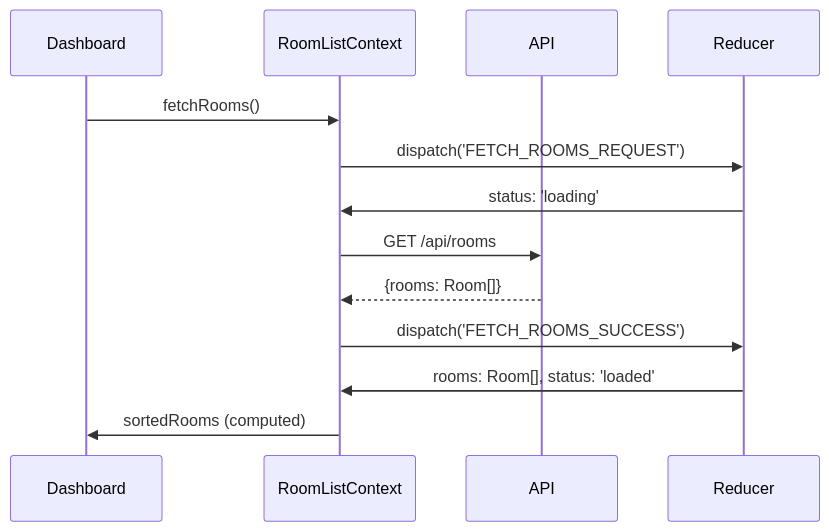
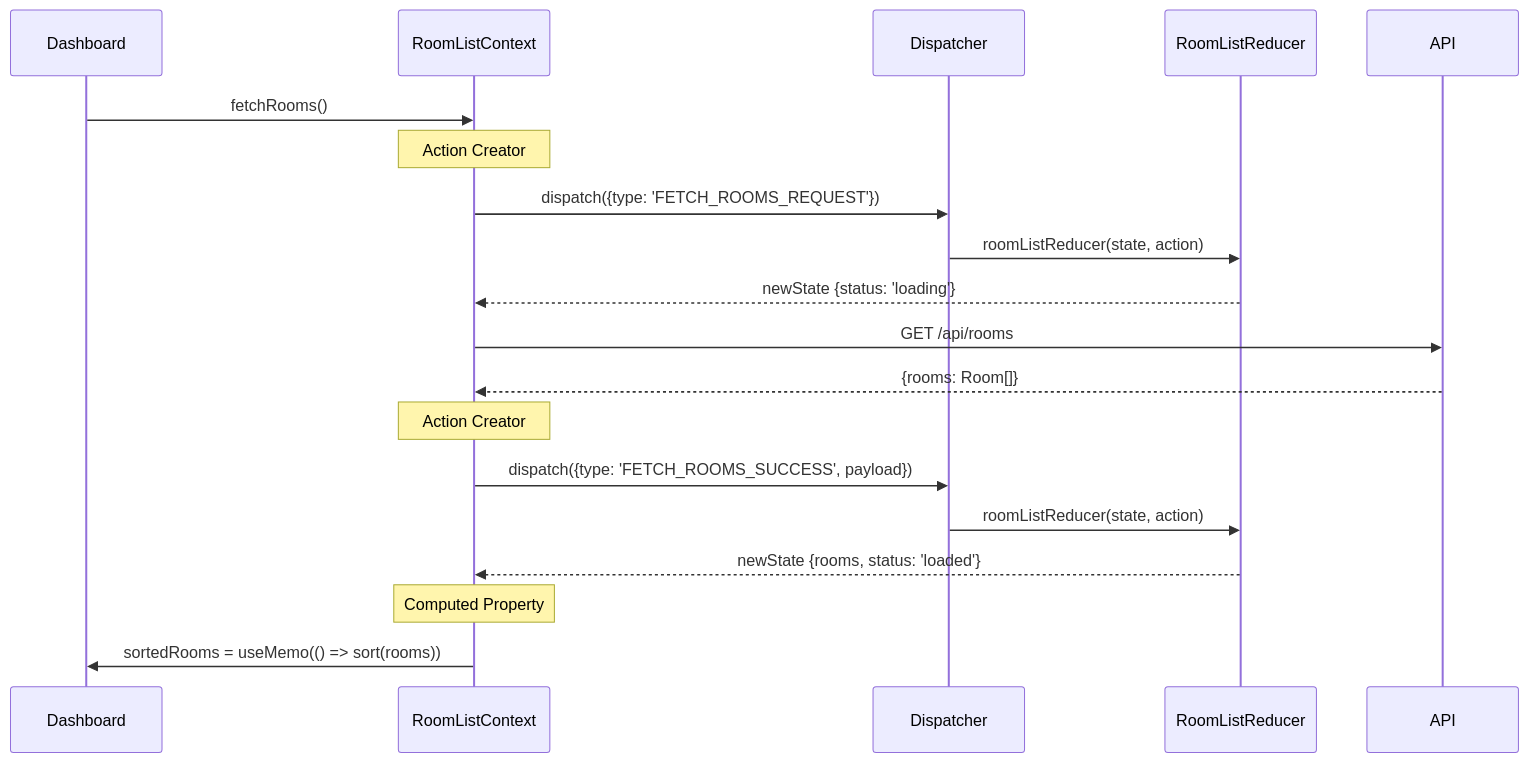
One commit to dasanworld/ChatService changed the second of 4 diagrams in docs/pages/dashboard/state-management.md. Above: the diagram before and after it, drawn with Mermaid. The commit also changed other lines of this file and 4 other files, not shown here.

Commit message:
docs: Update state management documentation for Chat Room, Dashboard, Invite, Login, and Signup pages with Flux architecture and flow diagrams

````diff
--- a/docs/pages/dashboard/state-management.md
+++ b/docs/pages/dashboard/state-management.md
@@ -677,19 +736,26 @@
 ```mermaid
 sequenceDiagram
     participant Dashboard
     participant RoomListContext
+    participant Dispatcher
+    participant RoomListReducer
     participant API
-    participant Reducer
     
     Dashboard->>RoomListContext: fetchRooms()
-    RoomListContext->>Reducer: dispatch('FETCH_ROOMS_REQUEST')
-    Reducer->>RoomListContext: status: 'loading'
+    
+    Note over RoomListContext: Action Creator
+    RoomListContext->>Dispatcher: dispatch({type: 'FETCH_ROOMS_REQUEST'})
+    Dispatcher->>RoomListReducer: roomListReducer(state, action)
+    RoomListReducer-->>RoomListContext: newState {status: 'loading'}
     
     RoomListContext->>API: GET /api/rooms
     API-->>RoomListContext: {rooms: Room[]}
     
-    RoomListContext->>Reducer: dispatch('FETCH_ROOMS_SUCCESS')
-    Reducer->>RoomListContext: rooms: Room[], status: 'loaded'
+    Note over RoomListContext: Action Creator
+    RoomListContext->>Dispatcher: dispatch({type: 'FETCH_ROOMS_SUCCESS', payload})
+    Dispatcher->>RoomListReducer: roomListReducer(state, action)
+    RoomListReducer-->>RoomListContext: newState {rooms, status: 'loaded'}
     
-    RoomListContext->>Dashboard: sortedRooms (computed)
+    Note over RoomListContext: Computed Property
+    RoomListContext->>Dashboard: sortedRooms = useMemo(() => sort(rooms))
 ```
````
